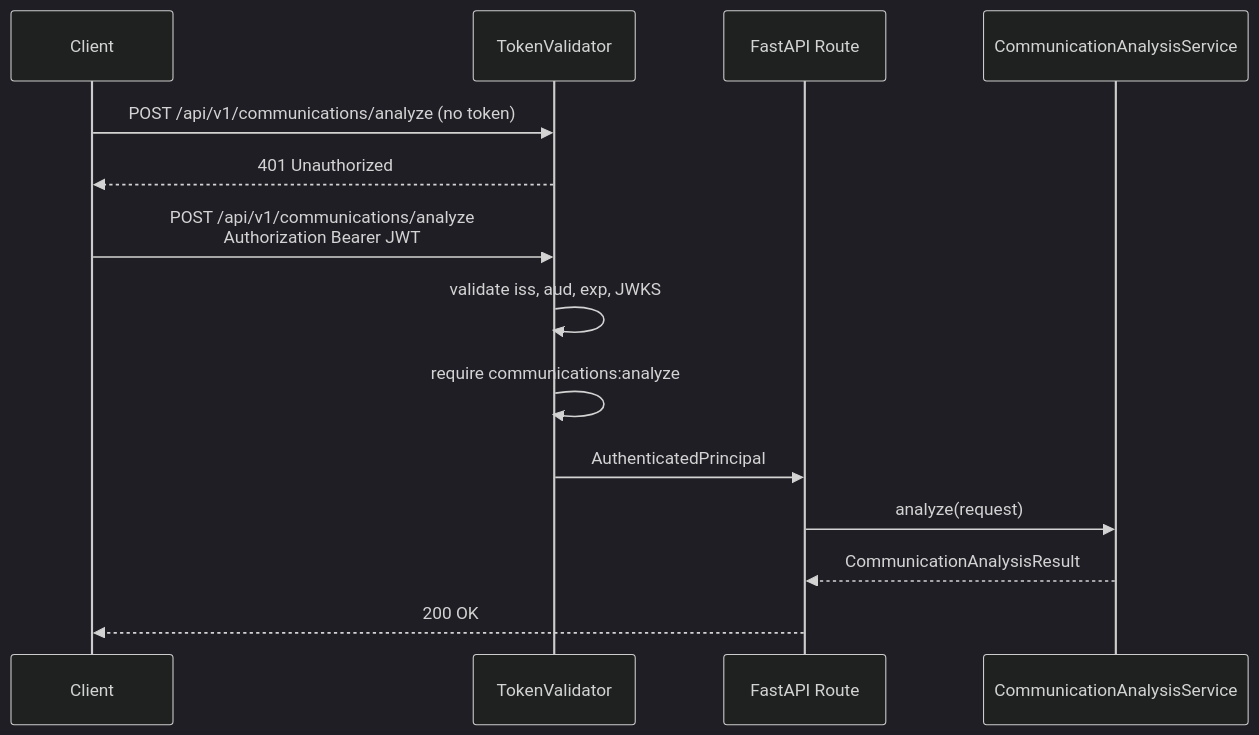
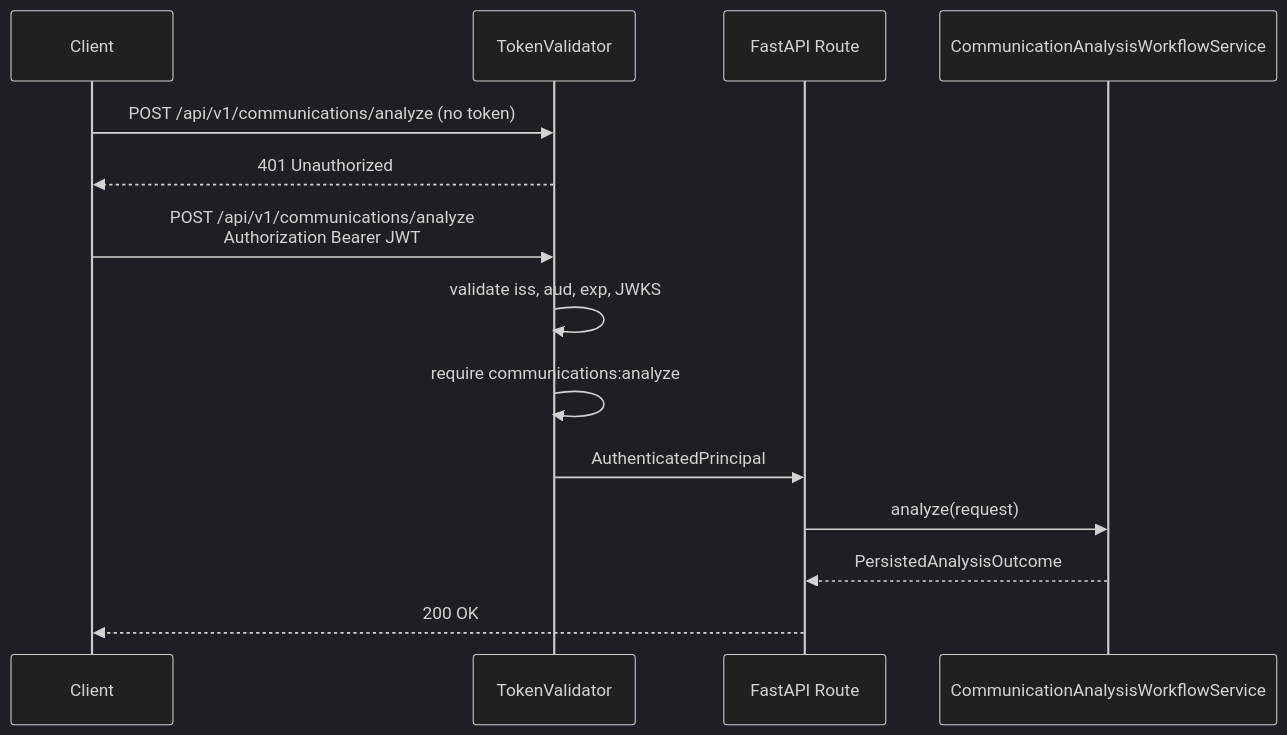
Before and after one commit to Susanta2025-lab/enterprise-communication-intelligence: the seventh of 8 diagrams in docs/architecture/sequence-diagrams.md, drawn with Mermaid (dark theme). The commit also changed other lines of this file and 34 other files, not shown here.

Commit message:
docs: complete phase 9 persistence architecture

````diff
--- a/docs/architecture/sequence-diagrams.md
+++ b/docs/architecture/sequence-diagrams.md
@@ -95,18 +151,18 @@
 ```mermaid
 sequenceDiagram
     participant Client
     participant Dep as TokenValidator
     participant Route as FastAPI Route
-    participant Service as CommunicationAnalysisService
+    participant Workflow as CommunicationAnalysisWorkflowService
 
     Client->>Dep: POST /api/v1/communications/analyze (no token)
     Dep-->>Client: 401 Unauthorized
 
     Client->>Dep: POST /api/v1/communications/analyze<br/>Authorization Bearer JWT
     Dep->>Dep: validate iss, aud, exp, JWKS
     Dep->>Dep: require communications:analyze
     Dep->>Route: AuthenticatedPrincipal
-    Route->>Service: analyze(request)
-    Service-->>Route: CommunicationAnalysisResult
+    Route->>Workflow: analyze(request)
+    Workflow-->>Route: PersistedAnalysisOutcome
     Route-->>Client: 200 OK
 ```
````
